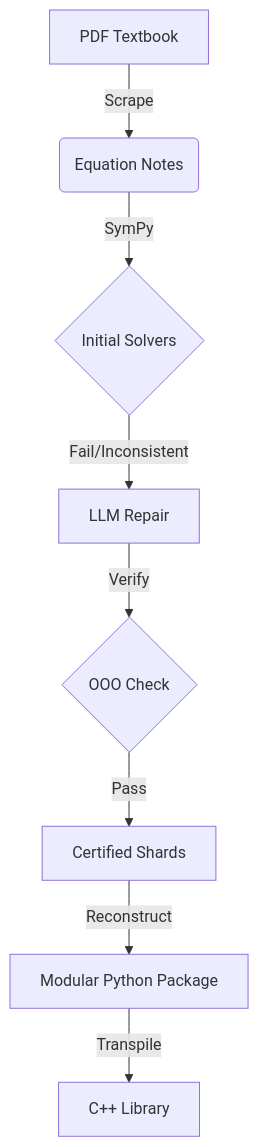
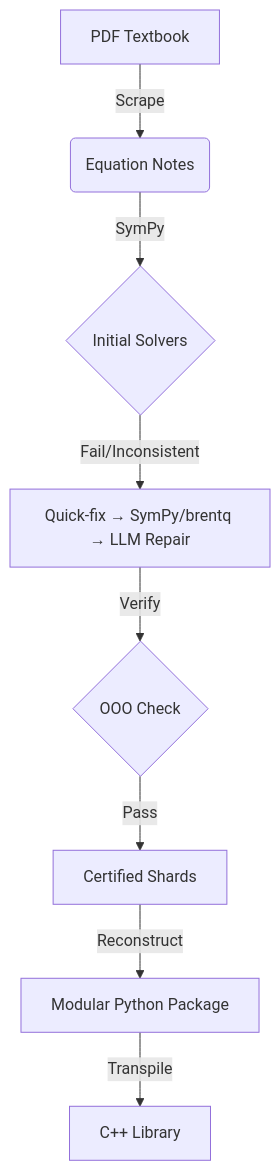
The diagram in _posts/2025-02-18-vakyume.md (juleshenry/juleshenry.github.io), drawn with Mermaid before and after one commit. The commit also changed other lines of this file and 9 other files, not shown here.

````diff
--- a/_posts/2025-02-18-vakyume.md
+++ b/_posts/2025-02-18-vakyume.md
@@ -23,10 +23,10 @@
 ```mermaid
 graph TD
     A[PDF Textbook] -->|Scrape| B(Equation Notes)
     B -->|SymPy| C{Initial Solvers}
-    C -->|Fail/Inconsistent| D[LLM Repair]
+    C -->|Fail/Inconsistent| D[Quick-fix → SymPy/brentq → LLM Repair]
     D -->|Verify| E{OOO Check}
     E -->|Pass| F[Certified Shards]
     F -->|Reconstruct| G[Modular Python Package]
     G -->|Transpile| H[C++ Library]
 ```
````
